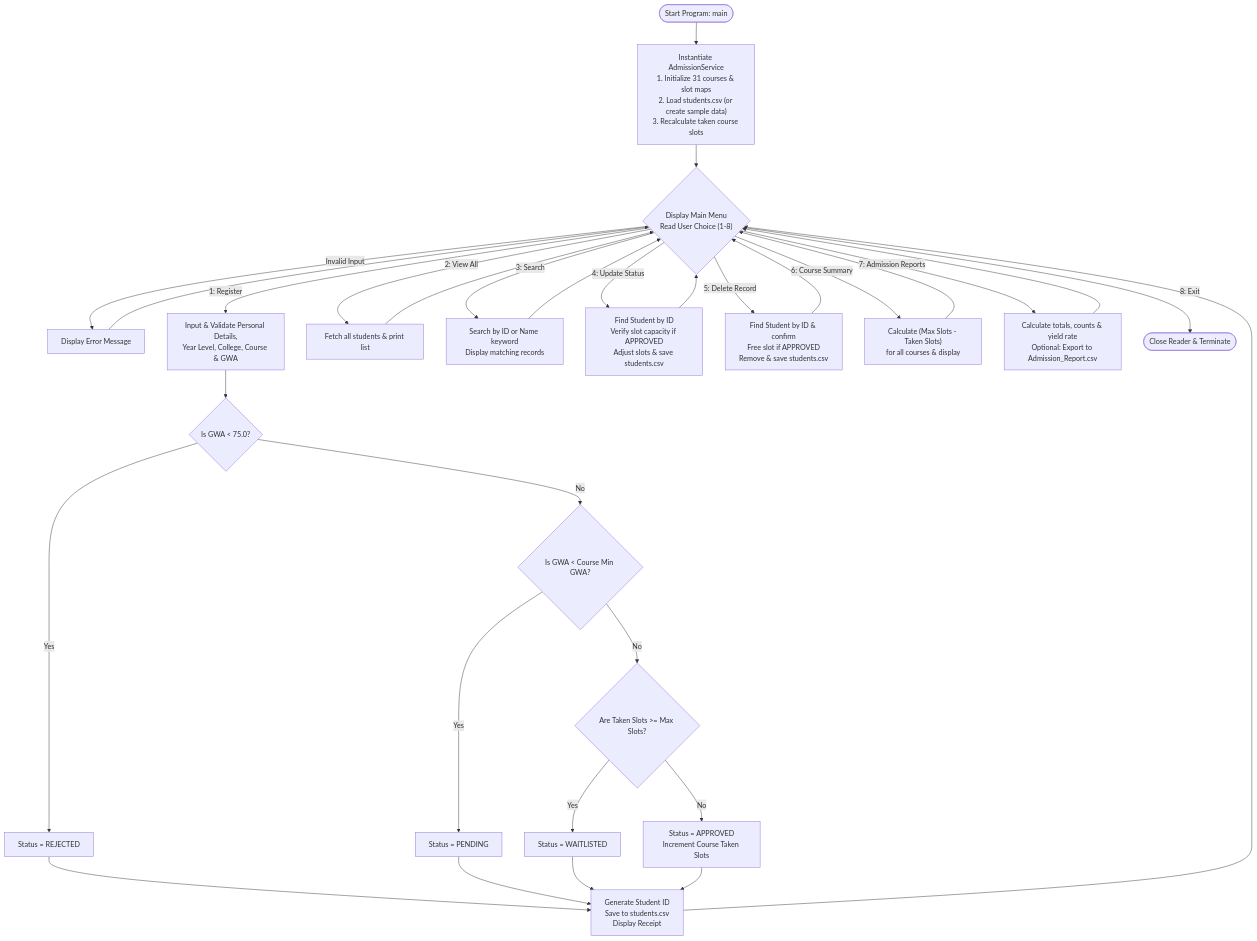
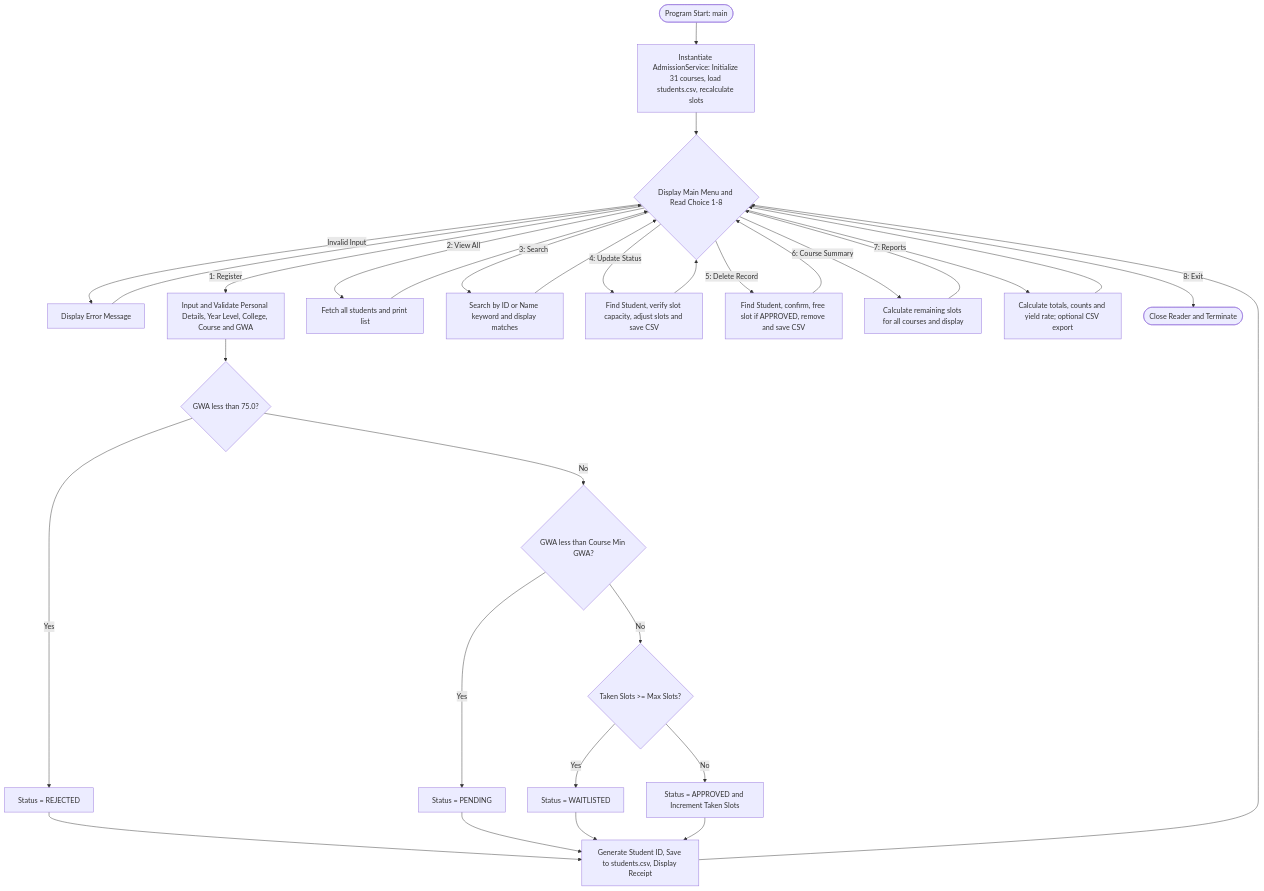
The second of 2 diagrams in System Flowcharts and Pseudocode.md (NA0r3n/SchoolAdmission-JavaBased-System), drawn with Mermaid before and after one commit. The commit also changed other lines of this file, not shown here.

Commit message:
Refactor flowchart descriptions for clarity

````diff
--- a/System Flowcharts and Pseudocode.md
+++ b/System Flowcharts and Pseudocode.md
@@ -50,25 +50,26 @@
 ```mermaid
 flowchart TD
-    START([Start Program: main]) --> INIT["Instantiate AdmissionService<br/>1. Initialize 31 courses & slot maps<br/>2. Load students.csv (or create sample data)<br/>3. Recalculate taken course slots"]
-    INIT --> MENU{"Display Main Menu<br/>Read User Choice (1-8)"}
+    START(["Program Start: main"]) --> INIT["Instantiate AdmissionService: Initialize 31 courses, load students.csv, recalculate slots"]
+    INIT --> MENU{"Display Main Menu and Read Choice 1-8"}
 
-    MENU -->|Invalid Input| ERR_INPUT["Display Error Message"] --> MENU
-    MENU -->|1: Register| REG_INPUT["Input & Validate Personal Details,<br/>Year Level, College, Course & GWA"]
-    REG_INPUT --> EVAL_GWA{"Is GWA < 75.0?"}
-    EVAL_GWA -->|Yes| STAT_REJ["Status = REJECTED"]
-    EVAL_GWA -->|No| EVAL_MIN{"Is GWA < Course Min GWA?"}
-    EVAL_MIN -->|Yes| STAT_PEN["Status = PENDING"]
-    EVAL_MIN -->|No| EVAL_SLOT{"Are Taken Slots >= Max Slots?"}
-    EVAL_SLOT -->|Yes| STAT_WAIT["Status = WAITLISTED"]
-    EVAL_SLOT -->|No| STAT_APP["Status = APPROVED<br/>Increment Course Taken Slots"]
+    MENU -->|"Invalid Input"| ERR["Display Error Message"] --> MENU
 
-    STAT_REJ & STAT_PEN & STAT_WAIT & STAT_APP --> SAVE_NEW["Generate Student ID<br/>Save to students.csv<br/>Display Receipt"] --> MENU
+    MENU -->|"1: Register"| REG_IN["Input and Validate Personal Details, Year Level, College, Course and GWA"]
+    REG_IN --> CHK_GWA1{"GWA less than 75.0?"}
+    CHK_GWA1 -->|"Yes"| STAT_REJ["Status = REJECTED"]
+    CHK_GWA1 -->|"No"| CHK_GWA2{"GWA less than Course Min GWA?"}
+    CHK_GWA2 -->|"Yes"| STAT_PEN["Status = PENDING"]
+    CHK_GWA2 -->|"No"| CHK_SLOT{"Taken Slots >= Max Slots?"}
+    CHK_SLOT -->|"Yes"| STAT_WAIT["Status = WAITLISTED"]
+    CHK_SLOT -->|"No"| STAT_APP["Status = APPROVED and Increment Taken Slots"]
 
-    MENU -->|2: View All| VIEW_ALL["Fetch all students & print list"] --> MENU
-    MENU -->|3: Search| SEARCH["Search by ID or Name keyword<br/>Display matching records"] --> MENU
-    MENU -->|4: Update Status| UPDATE["Find Student by ID<br/>Verify slot capacity if APPROVED<br/>Adjust slots & save students.csv"] --> MENU
-    MENU -->|5: Delete Record| DELETE["Find Student by ID & confirm<br/>Free slot if APPROVED<br/>Remove & save students.csv"] --> MENU
-    MENU -->|6: Course Summary| SUMMARY["Calculate (Max Slots - Taken Slots)<br/>for all courses & display"] --> MENU
-    MENU -->|7: Admission Reports| REPORT["Calculate totals, counts & yield rate<br/>Optional: Export to Admission_Report.csv"] --> MENU
-    MENU -->|8: Exit| EXIT_PROG([Close Reader & Terminate])
+    STAT_REJ & STAT_PEN & STAT_WAIT & STAT_APP --> SAVE_NEW["Generate Student ID, Save to students.csv, Display Receipt"] --> MENU
+
+    MENU -->|"2: View All"| VIEW["Fetch all students and print list"] --> MENU
+    MENU -->|"3: Search"| SEARCH["Search by ID or Name keyword and display matches"] --> MENU
+    MENU -->|"4: Update Status"| UPDATE["Find Student, verify slot capacity, adjust slots and save CSV"] --> MENU
+    MENU -->|"5: Delete Record"| DELETE["Find Student, confirm, free slot if APPROVED, remove and save CSV"] --> MENU
+    MENU -->|"6: Course Summary"| SUMMARY["Calculate remaining slots for all courses and display"] --> MENU
+    MENU -->|"7: Reports"| REPORT["Calculate totals, counts and yield rate; optional CSV export"] --> MENU
+    MENU -->|"8: Exit"| EXIT(["Close Reader and Terminate"])
 ```
````
